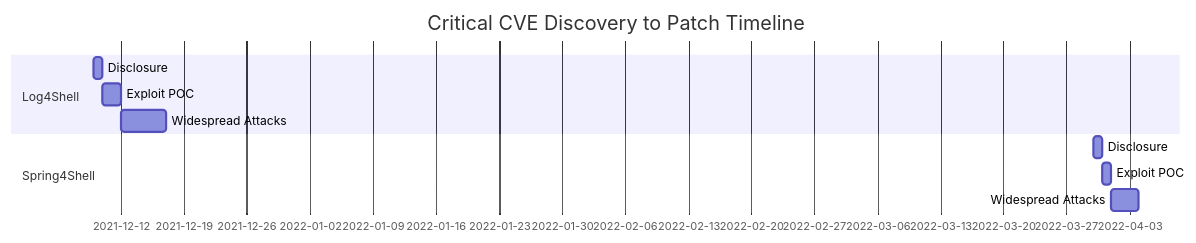
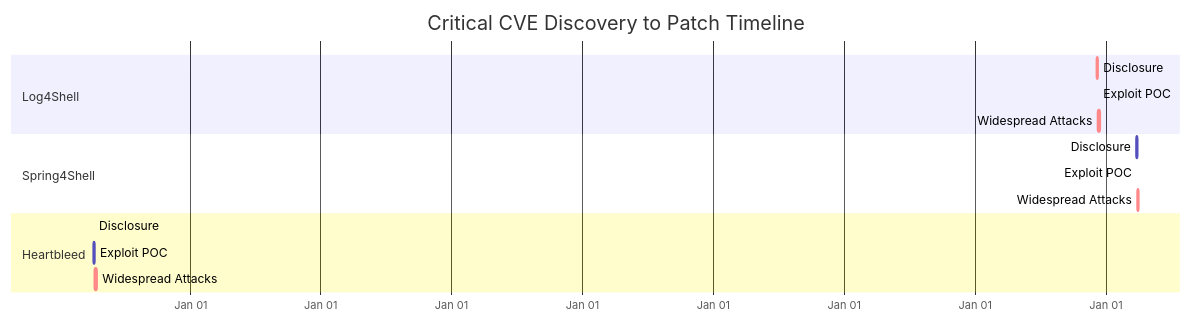
One commit to secbyteX03/GitHub_for_Cyber_Risk_Analysts changed the third of 8 diagrams in README.md. Above: the diagram before and after it, drawn with Mermaid.

Commit message:
Update Critical CVE Timeline

````diff
--- a/README.md
+++ b/README.md
@@ -112,13 +112,22 @@
 ```mermaid
 gantt
     title Critical CVE Discovery to Patch Timeline
-   dateFormat  YYYY-MM-DD
+    dateFormat  YYYY-MM-DD
+    axisFormat %b %d
+    todayMarker off
+    
     section Log4Shell
-    Disclosure       : 2021-12-09, 1d
-    Exploit POC      : 2021-12-10, 2d
-    Widespread Attacks : 2021-12-12, 5d
+    Disclosure       :crit, 2021-12-09, 1d
+    Exploit POC      :crit, 2021-12-10, 2d
+    Widespread Attacks :crit, 2021-12-12, 5d
+    
     section Spring4Shell
-    Disclosure       : 2022-03-30, 1d
-    Exploit POC      : 2022-03-31, 1d
-    Widespread Attacks : 2022-04-01, 3d
+    Disclosure       :high, 2022-03-30, 1d
+    Exploit POC      :high, 2022-03-31, 1d
+    Widespread Attacks :crit, 2022-04-01, 3d
+    
+    section Heartbleed
+    Disclosure       :crit, 2014-04-07, 1d
+    Exploit POC      :high, 2014-04-08, 1d
+    Widespread Attacks :crit, 2014-04-09, 7d
 ```
````
